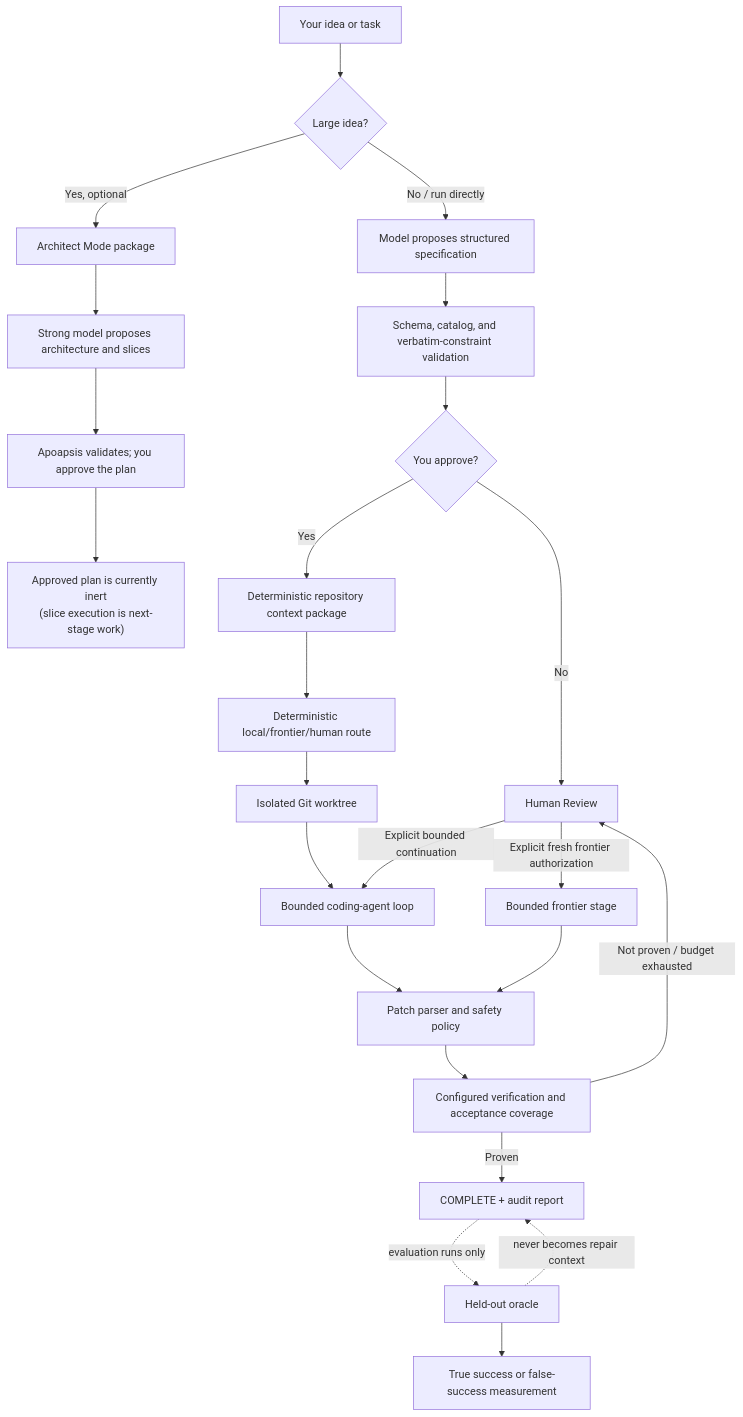
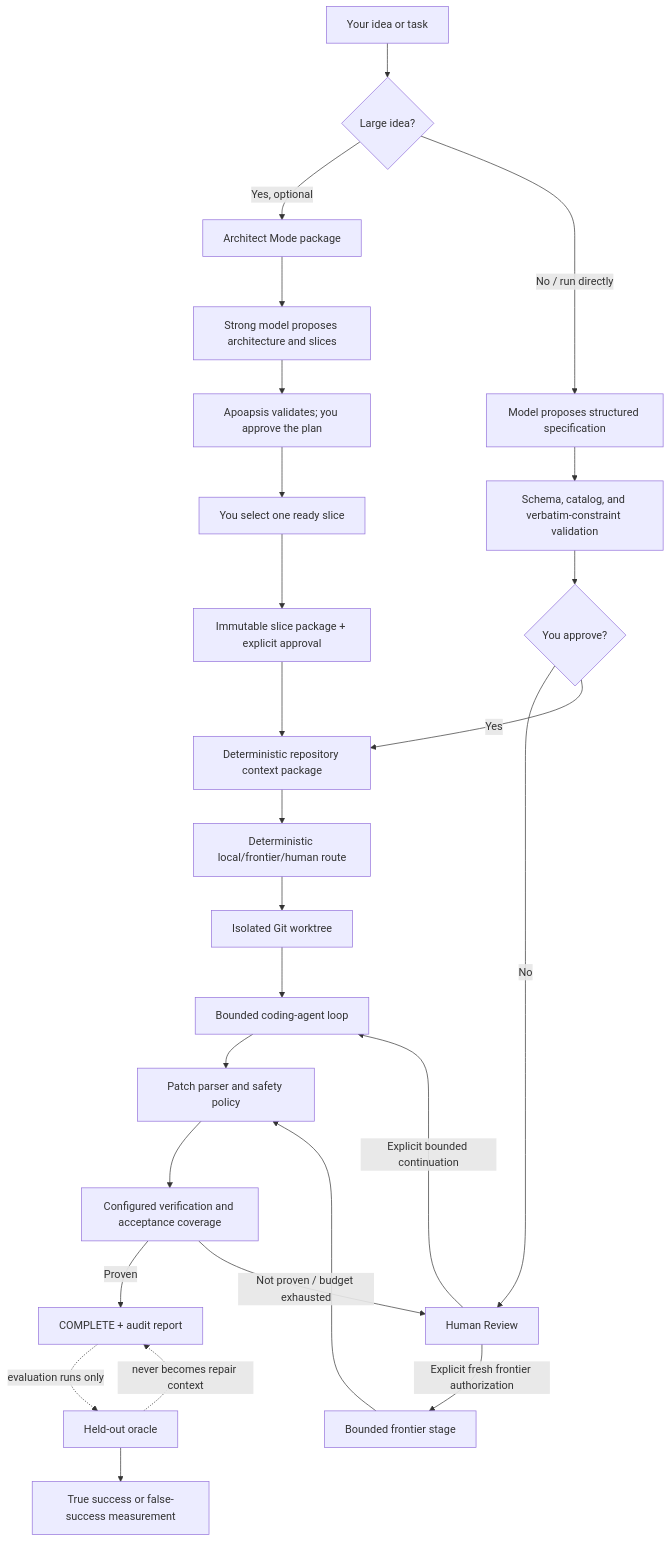
Before and after one commit to AdrianSeth1/Apoapsis-Harness-: the diagram in docs/architecture-explained.md, drawn with Mermaid. The commit also changed other lines of this file, not shown here.

````diff
--- a/docs/architecture-explained.md
+++ b/docs/architecture-explained.md
@@ -54,28 +169,30 @@
 ```mermaid
 flowchart TD
     I["Your idea or task"] --> M{"Large idea?"}
     M -- "Yes, optional" --> AP["Architect Mode package"]
     AP --> HM["Strong model proposes architecture and slices"]
     HM --> PV["Apoapsis validates; you approve the plan"]
-    PV --> GAP["Approved plan is currently inert\n(slice execution is next-stage work)"]
+    PV --> SS["You select one ready slice"]
+    SS --> SP["Immutable slice package + explicit approval"]
+    SP --> CC
 
     M -- "No / run directly" --> SE["Model proposes structured specification"]
     SE --> SA["Schema, catalog, and verbatim-constraint validation"]
     SA --> UA{"You approve?"}
     UA -- "No" --> HR["Human Review"]
     UA -- "Yes" --> CC["Deterministic repository context package"]
     CC --> RT["Deterministic local/frontier/human route"]
     RT --> WT["Isolated Git worktree"]
     WT --> AG["Bounded coding-agent loop"]
     AG --> PS["Patch parser and safety policy"]
     PS --> VF["Configured verification and acceptance coverage"]
     VF -- "Proven" --> CP["COMPLETE + audit report"]
     VF -- "Not proven / budget exhausted" --> HR
     HR -- "Explicit bounded continuation" --> AG
     HR -- "Explicit fresh frontier authorization" --> FG["Bounded frontier stage"]
     FG --> PS
 
     CP -. "evaluation runs only" .-> OR["Held-out oracle"]
     OR --> EV["True success or false-success measurement"]
     OR -. "never becomes repair context" .-> CP
 ```
````
